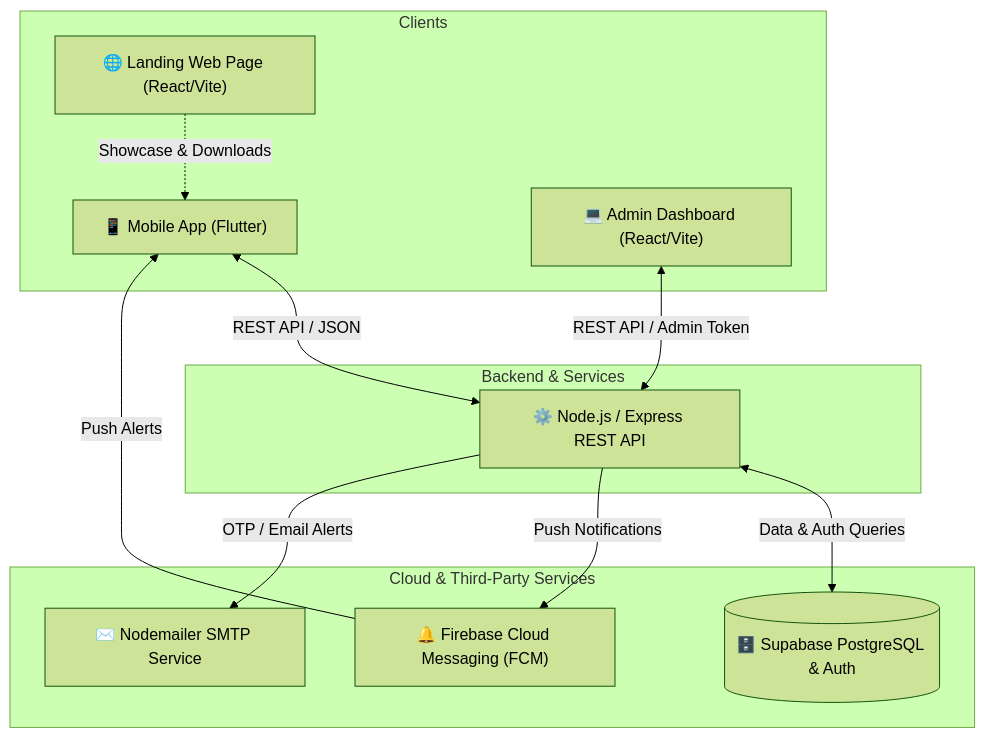
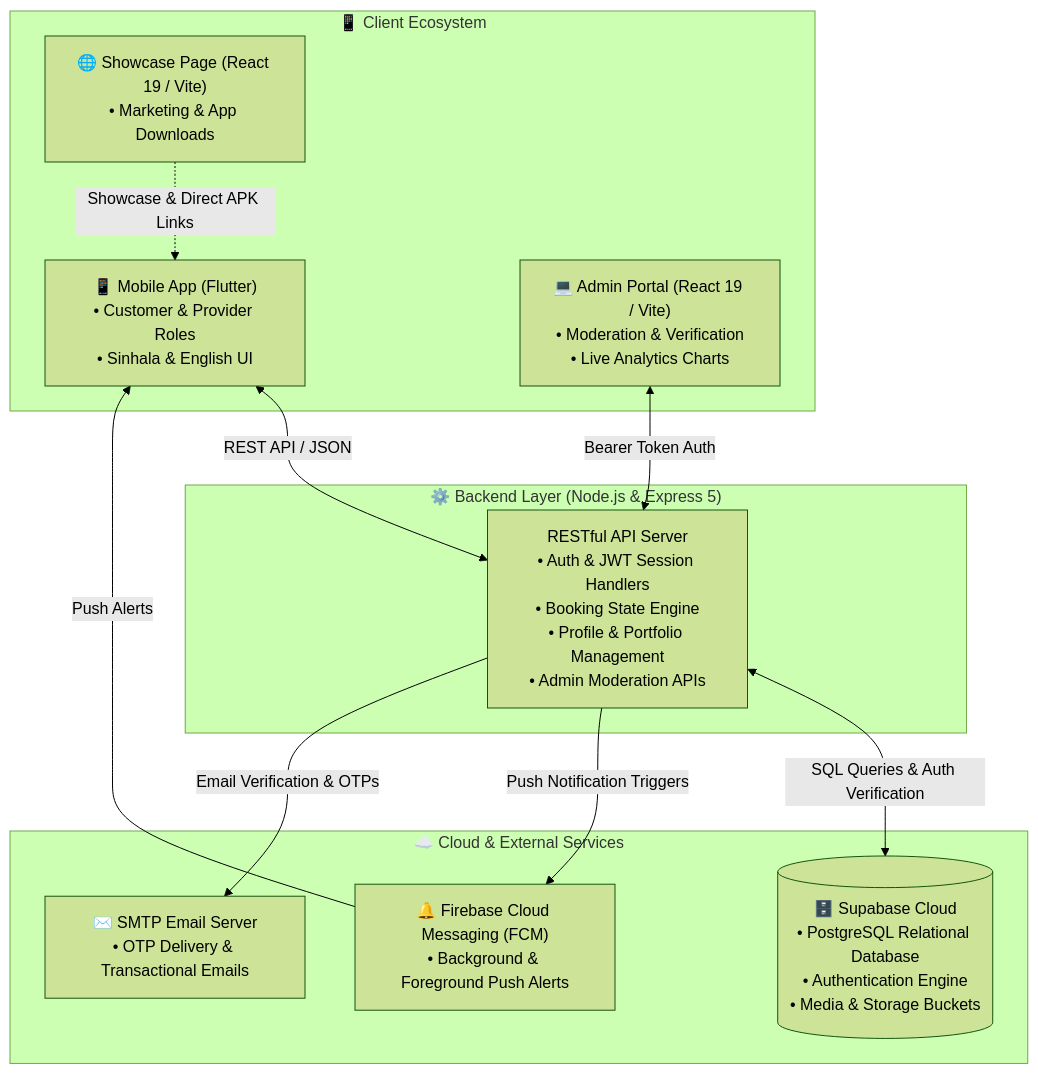
Before and after one commit to umindudinal/Ape-Baas: the diagram in README.md, drawn with Mermaid (forest theme). The commit also changed other lines of this file, not shown here.

Commit message:
Update README.md with comprehensive platform documentation and architecture

````diff
--- a/README.md
+++ b/README.md
@@ -41,27 +55,27 @@
 ```mermaid
 graph TD
-    subgraph Clients
-        MA["📱 Mobile App (Flutter)"]
-        AD["💻 Admin Dashboard (React/Vite)"]
-        WP["🌐 Landing Web Page (React/Vite)"]
+    subgraph Clients ["📱 Client Ecosystem"]
+        MA["📱 Mobile App (Flutter)<br/>• Customer & Provider Roles<br/>• Sinhala & English UI"]
+        AD["💻 Admin Portal (React 19 / Vite)<br/>• Moderation & Verification<br/>• Live Analytics Charts"]
+        WP["🌐 Showcase Page (React 19 / Vite)<br/>• Marketing & App Downloads"]
     end
 
-    subgraph Backend_Layer ["Backend & Services"]
-        API["⚙️ Node.js / Express REST API"]
+    subgraph API_Gateway ["⚙️ Backend Layer (Node.js & Express 5)"]
+        API["RESTful API Server<br/>• Auth & JWT Session Handlers<br/>• Booking State Engine<br/>• Profile & Portfolio Management<br/>• Admin Moderation APIs"]
     end
 
-    subgraph Cloud_Infrastructure ["Cloud & Third-Party Services"]
-        SB[("🗄️ Supabase PostgreSQL & Auth")]
-        FCM["🔔 Firebase Cloud Messaging (FCM)"]
-        SMTP["✉️ Nodemailer SMTP Service"]
+    subgraph Cloud_Infra ["☁️ Cloud & External Services"]
+        SB[("🗄️ Supabase Cloud<br/>• PostgreSQL Relational Database<br/>• Authentication Engine<br/>• Media & Storage Buckets")]
+        FCM["🔔 Firebase Cloud Messaging (FCM)<br/>• Background & Foreground Push Alerts"]
+        SMTP["✉️ SMTP Email Server<br/>• OTP Delivery & Transactional Emails"]
     end
 
     MA <-->|REST API / JSON| API
-    AD <-->|REST API / Admin Token| API
-    WP -.->|Showcase & Downloads| MA
-    
-    API <-->|Data & Auth Queries| SB
-    API -->|Push Notifications| FCM
+    AD <-->|Bearer Token Auth| API
+    WP -.->|Showcase & Direct APK Links| MA
+
+    API <-->|SQL Queries & Auth Verification| SB
+    API -->|Push Notification Triggers| FCM
     FCM -->|Push Alerts| MA
-    API -->|OTP / Email Alerts| SMTP
+    API -->|Email Verification & OTPs| SMTP
 ```
````
